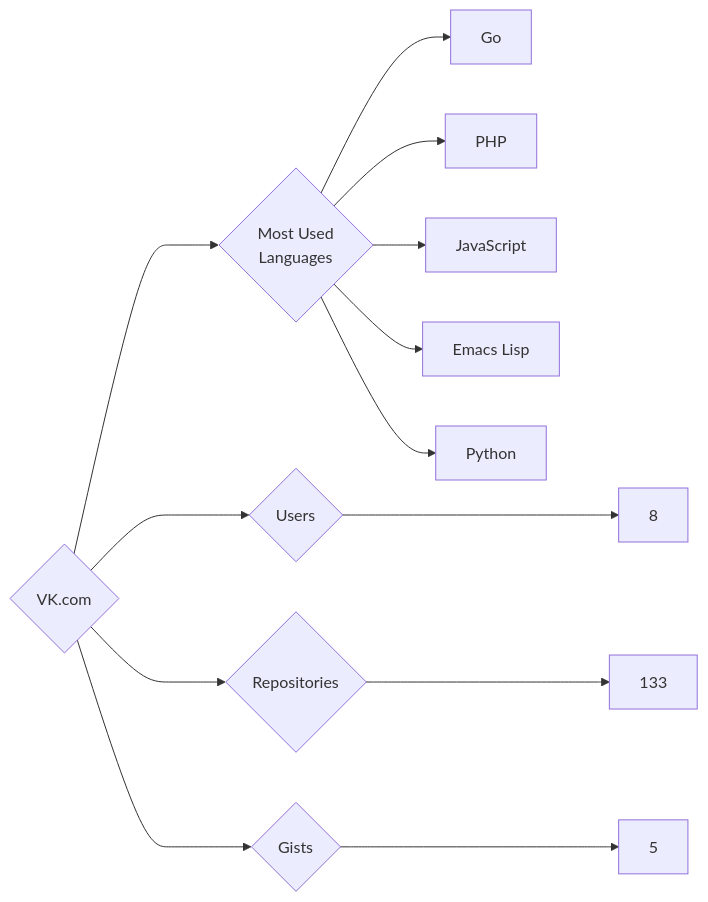
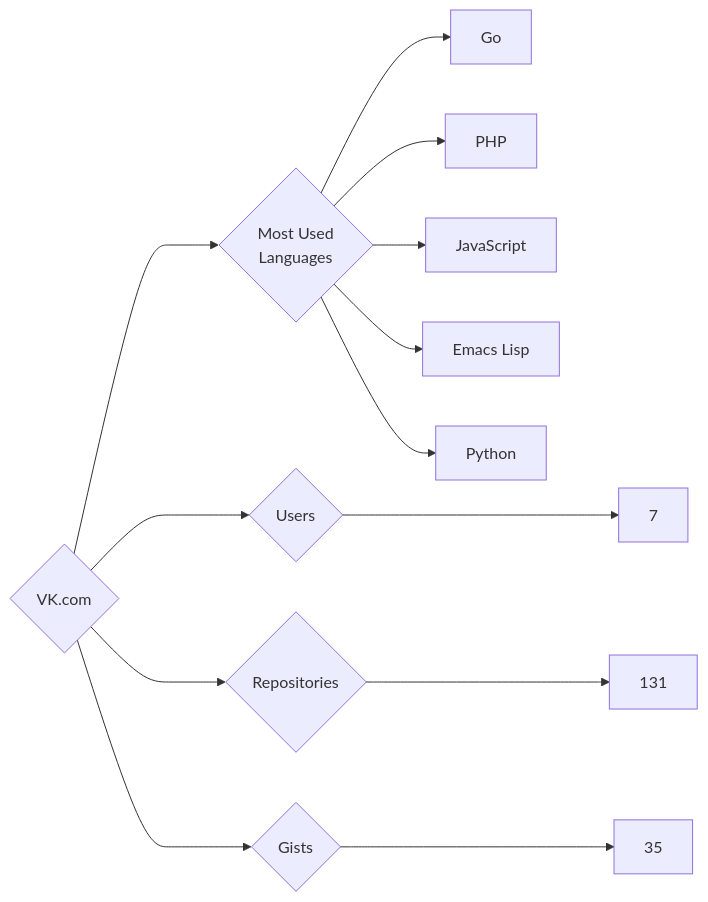
The diagram in targets/VK.com/README.md (trickest/insiders), drawn with Mermaid before and after one commit. The commit also changed 833 other files, not shown here.

````diff
--- a/targets/VK.com/README.md
+++ b/targets/VK.com/README.md
@@ -3,13 +3,13 @@
 ```mermaid
 graph LR
 COMPANY_NAME{VK.com}
-COMPANY_NAME ---> U{Users} ---> UN[8]
-COMPANY_NAME ---> R{Repositories} ---> RN[133]
-COMPANY_NAME ---> G{Gists} ---> GN[5]
+COMPANY_NAME ---> U{Users} ---> UN[7]
+COMPANY_NAME ---> R{Repositories} ---> RN[131]
+COMPANY_NAME ---> G{Gists} ---> GN[35]
 COMPANY_NAME ---> ML{Most Used<br>Languages}
 ML --> Go[Go]
 ML --> PHP[PHP]
 ML --> JavaScript[JavaScript]
 ML --> Emacs_Lisp[Emacs Lisp]
 ML --> Python[Python]
 ```
````
